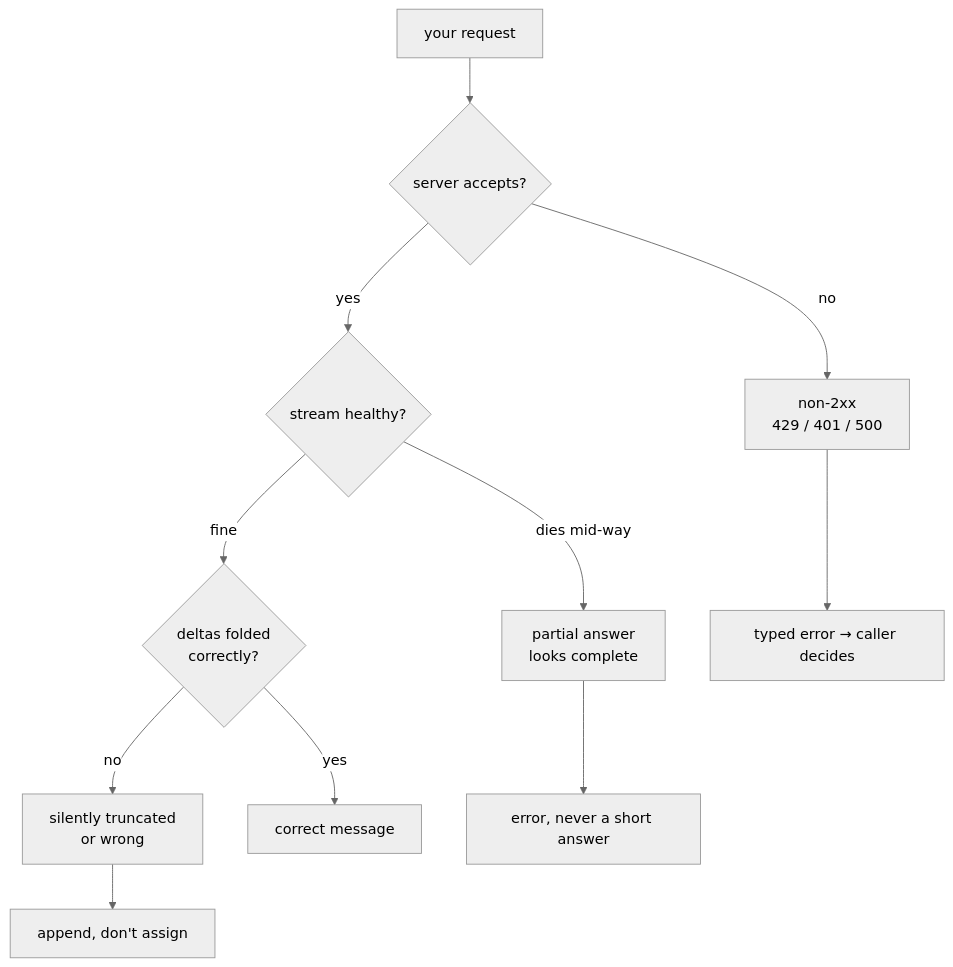
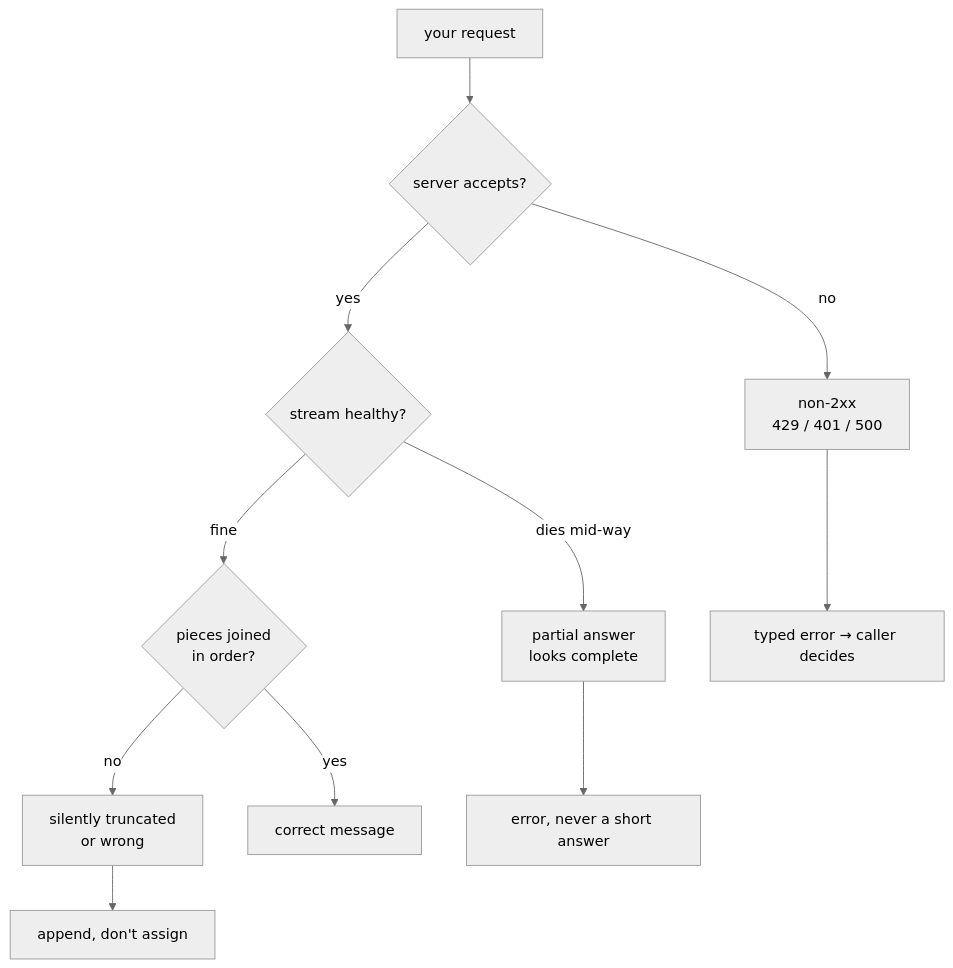
Before and after one commit to theakhandpatel/kata: the second of 2 diagrams in chapters/01-chat-with-the-model/overview.md, drawn with Mermaid (neutral theme). The commit also changed other lines of this file and 4 other files, not shown here.

````diff
--- a/chapters/01-chat-with-the-model/overview.md
+++ b/chapters/01-chat-with-the-model/overview.md
@@ -121,13 +122,13 @@
 ```mermaid
 flowchart TD
     A[your request] --> B{server accepts?}
     B -- no --> C["non-2xx<br/>429 / 401 / 500"]
     B -- yes --> D{stream healthy?}
     D -- "dies mid-way" --> E["partial answer<br/>looks complete"]
-    D -- "fine" --> F{deltas folded<br/>correctly?}
+    D -- "fine" --> F{pieces joined<br/>in order?}
     F -- no --> G["silently truncated<br/>or wrong"]
     F -- yes --> H[correct message]
     C --> I[typed error → caller decides]
     E --> J[error, never a short answer]
     G --> K[append, don't assign]
 ```
````
